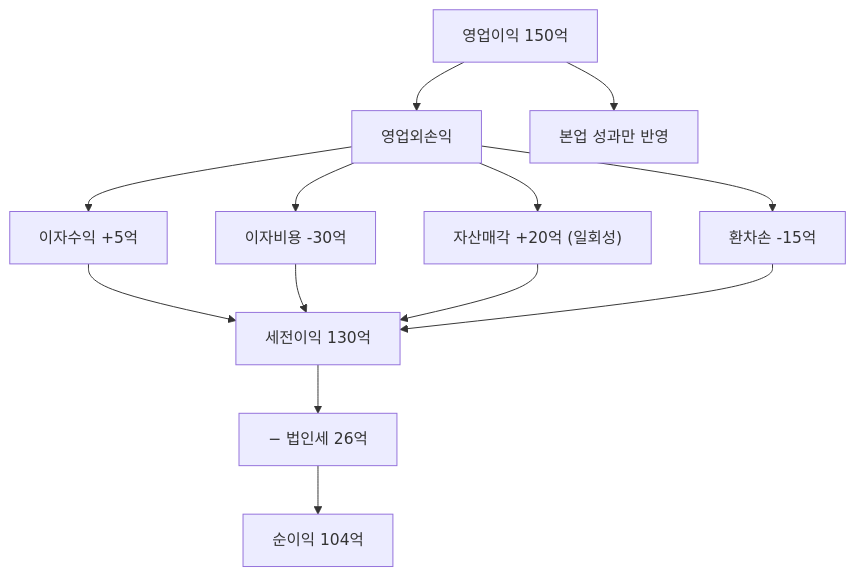
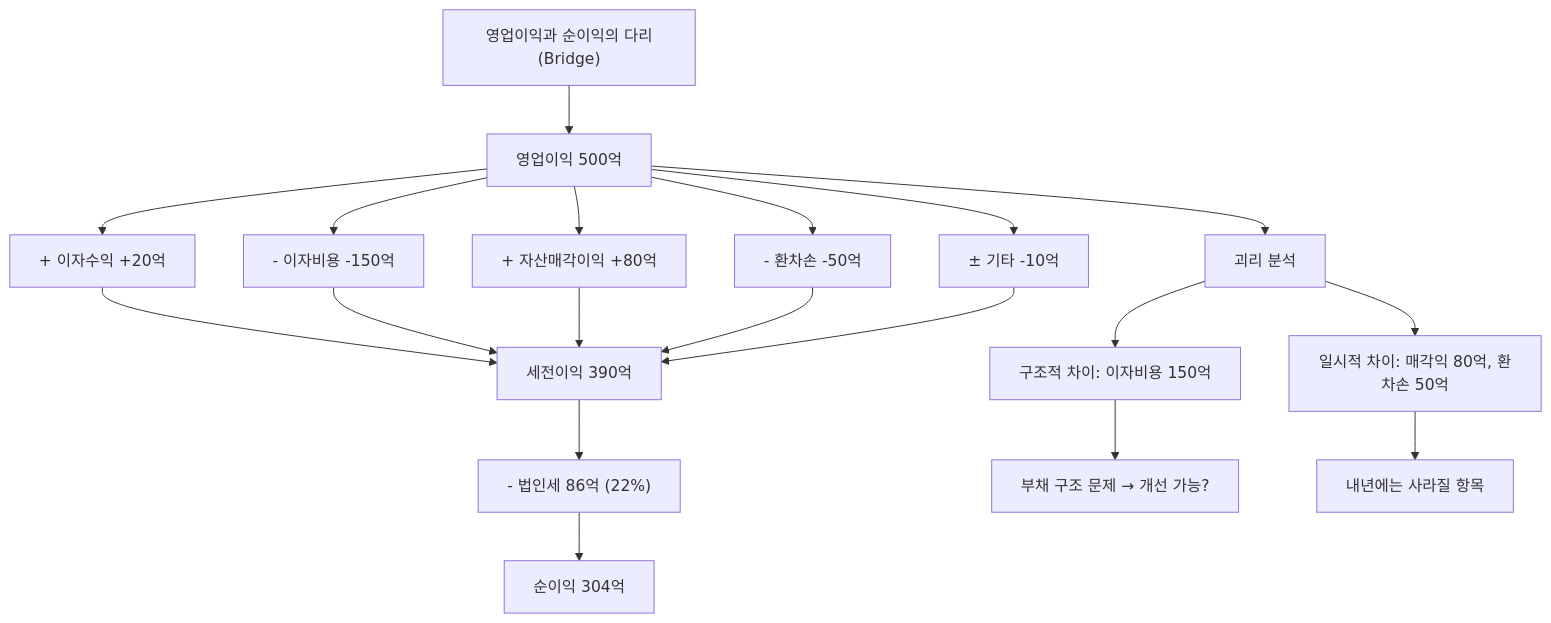
Before and after one commit to yeongseon/stock-visual-note: the diagram in content/stock-terms/ko/level-03-financial-statements/operating-vs-net-income.md, drawn with Mermaid. The commit also changed other lines of this file, not shown here.

Commit message:
content: rewrite operating-vs-net-income.md — deeper comparison with realistic scenario, richer Mermaid diagram, blog tone

````diff
--- a/content/stock-terms/ko/level-03-financial-statements/operating-vs-net-income.md
+++ b/content/stock-terms/ko/level-03-financial-statements/operating-vs-net-income.md
@@ -54,16 +59,21 @@
 ```mermaid
 graph TD
-    A["영업이익 150억"]
-    A --> B["영업외손익"]
-    A --> C["본업 성과만 반영"]
-    B --> D["이자수익 +5억"]
-    B --> E["이자비용 -30억"]
-    B --> F["자산매각 +20억 (일회성)"]
-    B --> G["환차손 -15억"]
-    D --> H["세전이익 130억"]
+    A["영업이익과 순이익의 다리(Bridge)"] --> B["영업이익 500억"]
+    B --> C["+ 이자수익 +20억"]
+    B --> D["- 이자비용 -150억"]
+    B --> E["+ 자산매각이익 +80억"]
+    B --> F["- 환차손 -50억"]
+    B --> G["± 기타 -10억"]
+    C --> H["세전이익 390억"]
+    D --> H
     E --> H
     F --> H
     G --> H
-    H --> I["− 법인세 26억"]
-    I --> J["순이익 104억"]
+    H --> I["- 법인세 86억 (22%)"]
+    I --> J["순이익 304억"]
+    B --> K["괴리 분석"]
+    K --> L["구조적 차이: 이자비용 150억"]
+    K --> M["일시적 차이: 매각익 80억, 환차손 50억"]
+    L --> N["부채 구조 문제 → 개선 가능?"]
+    M --> O["내년에는 사라질 항목"]
 ```
````
